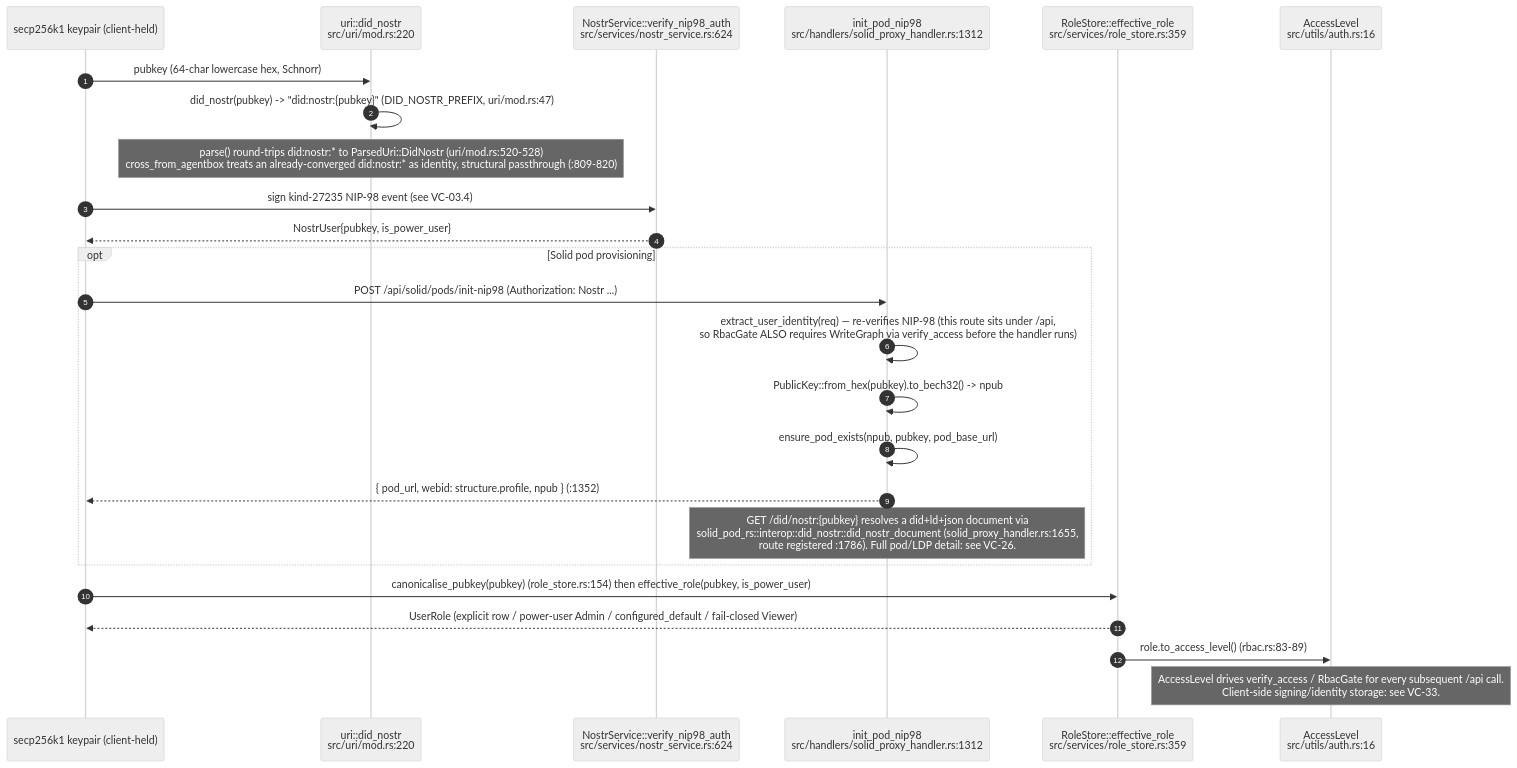
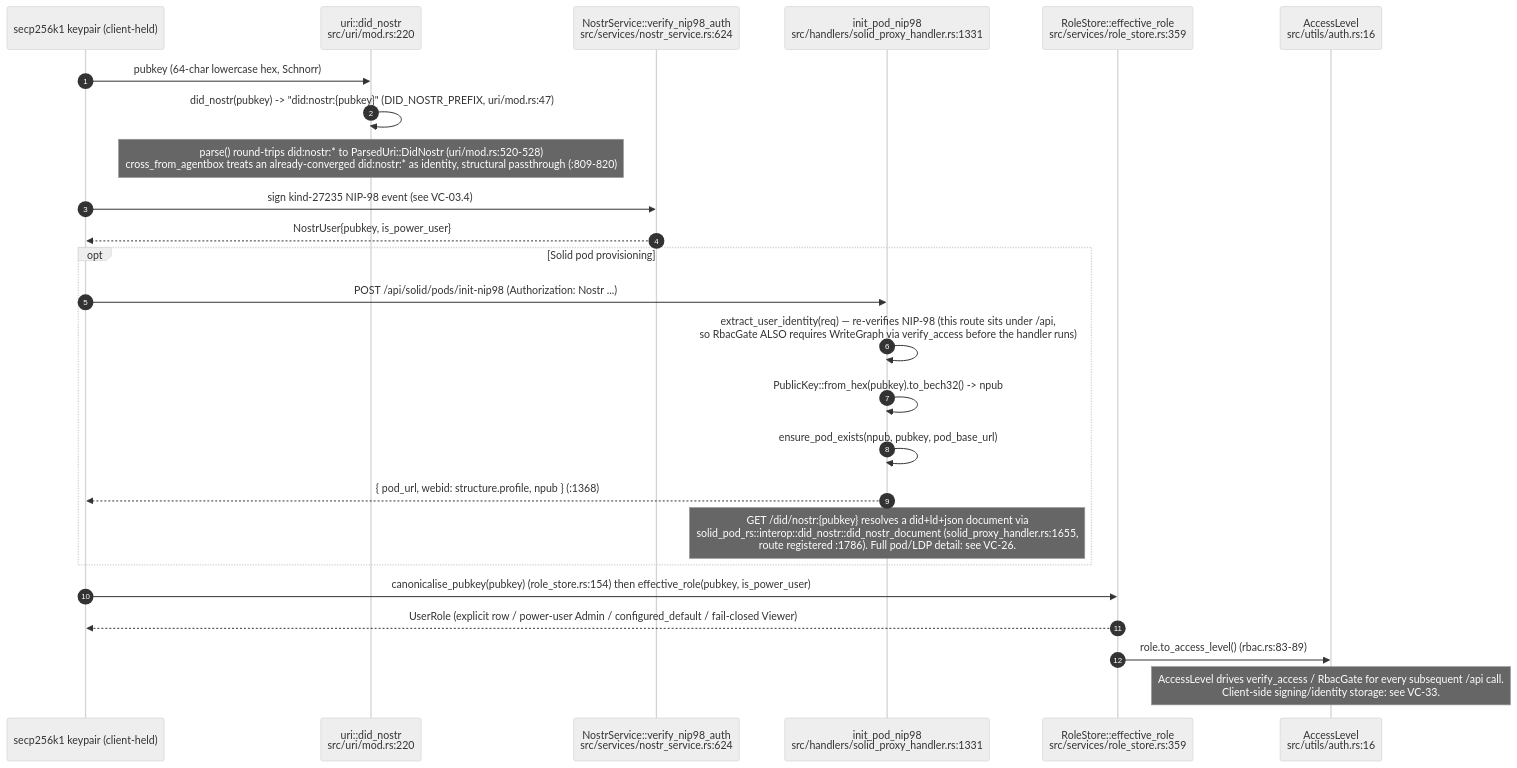
Before and after one commit to DreamLab-AI/VisionFlow: diagram 12 of 14 in docs/diagrams/visionclaw/03-request-lifecycle-and-rbac.md, drawn with Mermaid (neutral theme). The commit also changed other lines of this file and 111 other files, not shown here.

Commit message:
docs(diagrams): align estate maps with current source

````diff
--- a/docs/diagrams/visionclaw/03-request-lifecycle-and-rbac.md
+++ b/docs/diagrams/visionclaw/03-request-lifecycle-and-rbac.md
@@ -504,28 +504,28 @@
 ```mermaid
 sequenceDiagram
     autonumber
     participant K as secp256k1 keypair (client-held)
     participant U as uri::did_nostr<br/>src/uri/mod.rs:220
     participant NS as NostrService::verify_nip98_auth<br/>src/services/nostr_service.rs:624
-    participant SP as init_pod_nip98<br/>src/handlers/solid_proxy_handler.rs:1312
+    participant SP as init_pod_nip98<br/>src/handlers/solid_proxy_handler.rs:1331
     participant RS as RoleStore::effective_role<br/>src/services/role_store.rs:359
     participant AL as AccessLevel<br/>src/utils/auth.rs:16
 
     K->>U: pubkey (64-char lowercase hex, Schnorr)
     U->>U: did_nostr(pubkey) -> "did:nostr:{pubkey}" (DID_NOSTR_PREFIX, uri/mod.rs:47)
     Note over U: parse() round-trips did:nostr:* to ParsedUri::DidNostr (uri/mod.rs:520-528)<br/>cross_from_agentbox treats an already-converged did:nostr:* as identity, structural passthrough (:809-820)
     K->>NS: sign kind-27235 NIP-98 event (see VC-03.4)
     NS-->>K: NostrUser{pubkey, is_power_user}
     opt Solid pod provisioning
         K->>SP: POST /api/solid/pods/init-nip98 (Authorization: Nostr ...)
         SP->>SP: extract_user_identity(req) — re-verifies NIP-98 (this route sits under /api,<br/>so RbacGate ALSO requires WriteGraph via verify_access before the handler runs)
         SP->>SP: PublicKey::from_hex(pubkey).to_bech32() -> npub
         SP->>SP: ensure_pod_exists(npub, pubkey, pod_base_url)
-        SP-->>K: { pod_url, webid: structure.profile, npub } (:1352)
+        SP-->>K: { pod_url, webid: structure.profile, npub } (:1368)
         Note over SP: GET /did/nostr:{pubkey} resolves a did+ld+json document via<br/>solid_pod_rs::interop::did_nostr::did_nostr_document (solid_proxy_handler.rs:1655,<br/>route registered :1786). Full pod/LDP detail: see VC-26.
     end
     K->>RS: canonicalise_pubkey(pubkey) (role_store.rs:154) then effective_role(pubkey, is_power_user)
     RS-->>K: UserRole (explicit row / power-user Admin / configured_default / fail-closed Viewer)
     RS->>AL: role.to_access_level() (rbac.rs:83-89)
     Note over AL: AccessLevel drives verify_access / RbacGate for every subsequent /api call.<br/>Client-side signing/identity storage: see VC-33.
 ```
````
